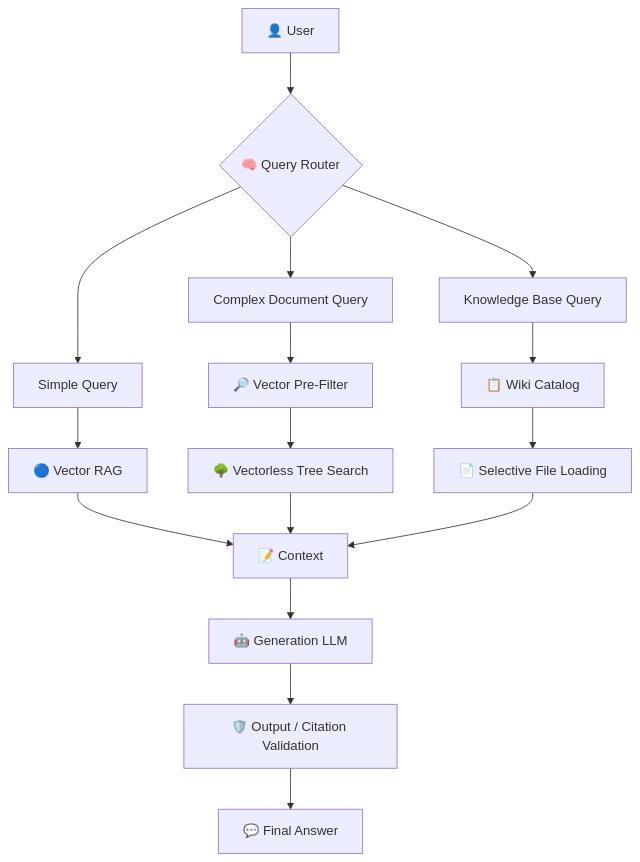
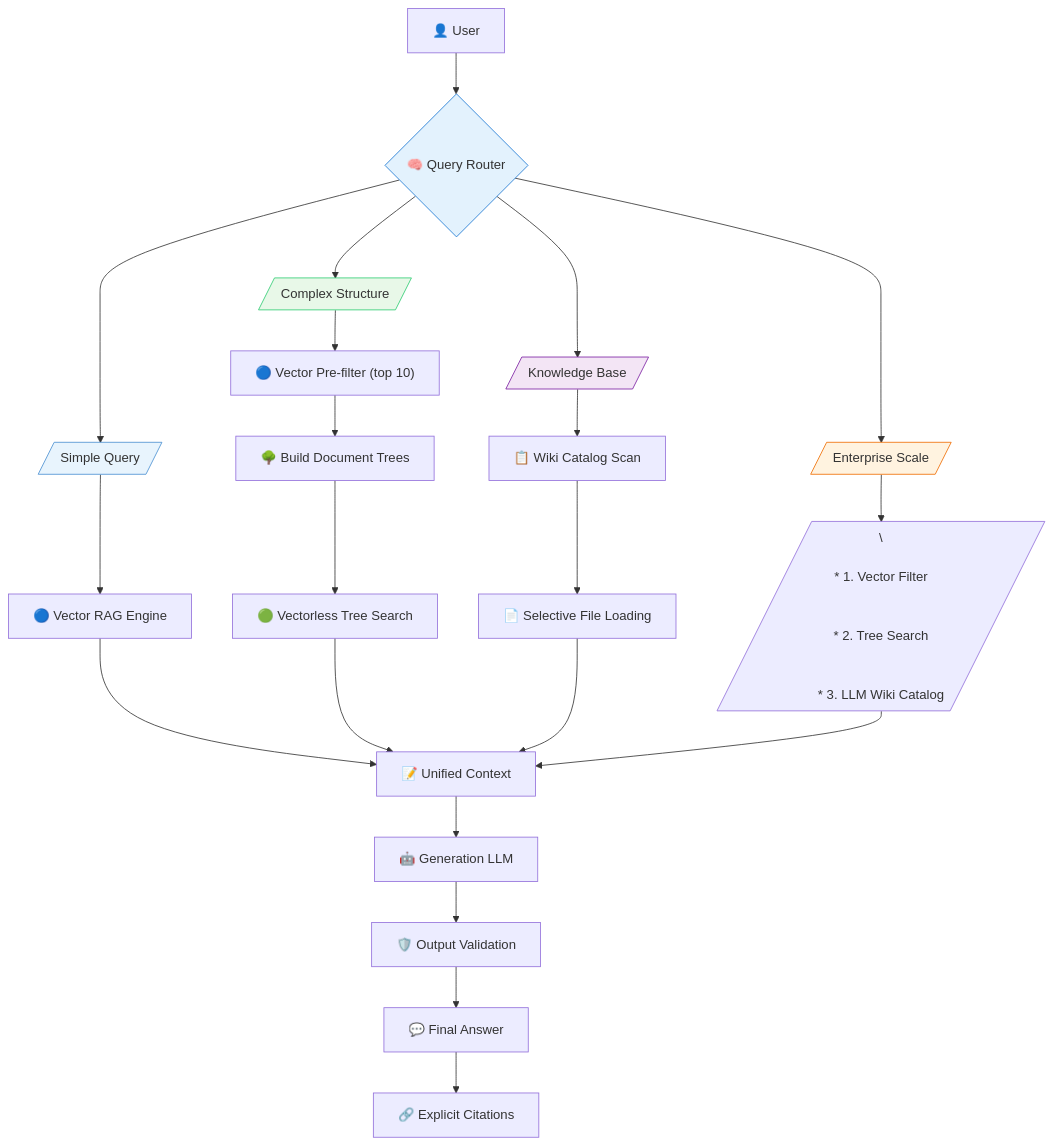
The tenth of 12 diagrams in Lecture 18 - Vectorless RAG and LLM Wiki/notes/06_system_comparison_hybrid_rag.md (Amie-dev/FDE-and-GenAI-Mastery), drawn with Mermaid before and after one commit. The commit also changed other lines of this file and 6 other files, not shown here.

First line of the commit message:
Enhance Lecture 18 notes on Vectorless RAG and LLM Wiki

````diff
--- a/Lecture 18 - Vectorless RAG and LLM Wiki/notes/06_system_comparison_hybrid_rag.md
+++ b/Lecture 18 - Vectorless RAG and LLM Wiki/notes/06_system_comparison_hybrid_rag.md
@@ -479,29 +589,47 @@
 ```mermaid
 flowchart TD
-
     USER["👤 User"]
 
     USER --> ROUTER{"🧠 Query Router"}
 
-    ROUTER --> SIMPLE["Simple Query"]
-    ROUTER --> COMPLEX["Complex Document Query"]
-    ROUTER --> WIKIQUERY["Knowledge Base Query"]
+    ROUTER --> SIMPLE[/"Simple Query"/]
+    ROUTER --> COMPLEX[/"Complex Structure"/]
+    ROUTER --> WIKI[/"Knowledge Base"/]
+    ROUTER --> HYBRID[/"Enterprise Scale"/]
 
-    SIMPLE --> VECTOR["🔵 Vector RAG"]
+    SIMPLE --> VECTOR["🔵 Vector RAG Engine"]
 
-    COMPLEX --> PREFILTER["🔎 Vector Pre-Filter"]
-    PREFILTER --> TREE["🌳 Vectorless Tree Search"]
+    COMPLEX --> PREFILTER["🔵 Vector Pre-filter (top 10)"]
+    PREFILTER --> TREEBUILD["🌳 Build Document Trees"]
+    TREEBUILD --> TREESEARCH["🟢 Vectorless Tree Search"]
 
-    WIKIQUERY --> CATALOG["📋 Wiki Catalog"]
-    CATALOG --> FILES["📄 Selective File Loading"]
+    WIKI --> CATALOG["📋 Wiki Catalog Scan"]
+    CATALOG --> FILELOAD["📄 Selective File Loading"]
 
-    VECTOR --> CONTEXT["📝 Context"]
-    TREE --> CONTEXT
-    FILES --> CONTEXT
+    HYBRID --> PARALLEL[/\
+    <BR/>* 1. Vector Filter<br/>
+    <BR/>* 2. Tree Search<br/>
+    <BR/>* 3. LLM Wiki Catalog/]
 
-    CONTEXT --> LLM["🤖 Generation LLM"]
+    VECTOR --> CONTEXT["📝 Unified Context"]
+    TREESEARCH --> CONTEXT
+    FILELOAD --> CONTEXT
+    PARALLEL --> CONTEXT
 
-    LLM --> GUARD["🛡️ Output / Citation Validation"]
+    CONTEXT --> GENERATION["🤖 Generation LLM"]
+    GENERATION --> VALIDATION["🛡️ Output Validation"]
+    VALIDATION --> ANSWER["💬 Final Answer"]
+    ANSWER --> CITATIONS["🔗 Explicit Citations"]
 
-    GUARD --> ANSWER["💬 Final Answer"]
+    classDef router fill:#e3f2fd,stroke:#1976d2;
+    classDef simple fill:#e8f4fd,stroke:#4a90d2;
+    classDef complex fill:#e8f8e8,stroke:#2ecc71;
+    classDef wiki fill:#f3e5f5,stroke:#7b1fa2;
+    classDef hybrid fill:#fff3e0,stroke:#ef6c00;
+
+    ROUTER:::router
+    SIMPLE:::simple
+    COMPLEX:::complex
+    WIKI:::wiki
+    HYBRID:::hybrid
 ```
````
